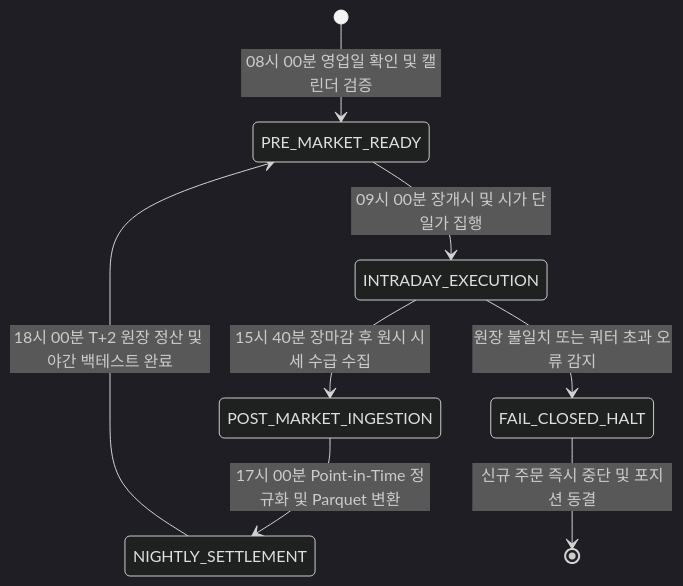
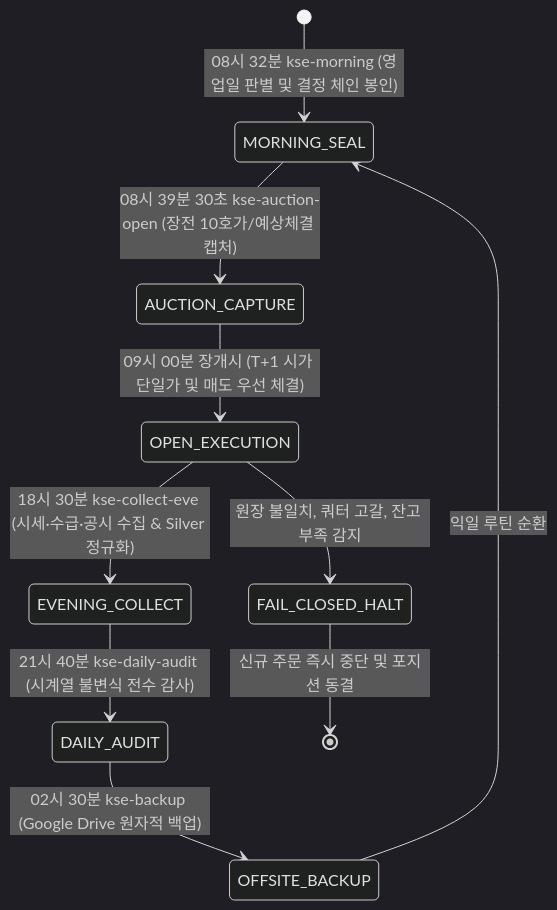
The third of 5 diagrams in docs/architecture/system-design.md (KTHYEONG/k-stock-engine), drawn with Mermaid (dark theme) before and after one commit. The commit also changed other lines of this file and 8 other files, not shown here.

````diff
--- a/docs/architecture/system-design.md
+++ b/docs/architecture/system-design.md
@@ -93,11 +92,13 @@
 ```mermaid
 stateDiagram-v2
-    [*] --> PRE_MARKET_READY: 08시 00분 영업일 확인 및 캘린더 검증
-    PRE_MARKET_READY --> INTRADAY_EXECUTION: 09시 00분 장개시 및 시가 단일가 집행
-    INTRADAY_EXECUTION --> POST_MARKET_INGESTION: 15시 40분 장마감 후 원시 시세 수급 수집
-    POST_MARKET_INGESTION --> NIGHTLY_SETTLEMENT: 17시 00분 Point-in-Time 정규화 및 Parquet 변환
-    NIGHTLY_SETTLEMENT --> PRE_MARKET_READY: 18시 00분 T+2 원장 정산 및 야간 백테스트 완료
+    [*] --> MORNING_SEAL: 08시 32분 kse-morning (영업일 판별 및 결정 체인 봉인)
+    MORNING_SEAL --> AUCTION_CAPTURE: 08시 39분 30초 kse-auction-open (장전 10호가/예상체결 캡처)
+    AUCTION_CAPTURE --> OPEN_EXECUTION: 09시 00분 장개시 (T+1 시가 단일가 및 매도 우선 체결)
+    OPEN_EXECUTION --> EVENING_COLLECT: 18시 30분 kse-collect-eve (시세·수급·공시 수집 & Silver 정규화)
+    EVENING_COLLECT --> DAILY_AUDIT: 21시 40분 kse-daily-audit (시계열 불변식 전수 감사)
+    DAILY_AUDIT --> OFFSITE_BACKUP: 02시 30분 kse-backup (Google Drive 원자적 백업)
+    OFFSITE_BACKUP --> MORNING_SEAL: 익일 루틴 순환
 
-    INTRADAY_EXECUTION --> FAIL_CLOSED_HALT: 원장 불일치 또는 쿼터 초과 오류 감지
+    OPEN_EXECUTION --> FAIL_CLOSED_HALT: 원장 불일치, 쿼터 고갈, 잔고 부족 감지
     FAIL_CLOSED_HALT --> [*]: 신규 주문 즉시 중단 및 포지션 동결
 ```
````
